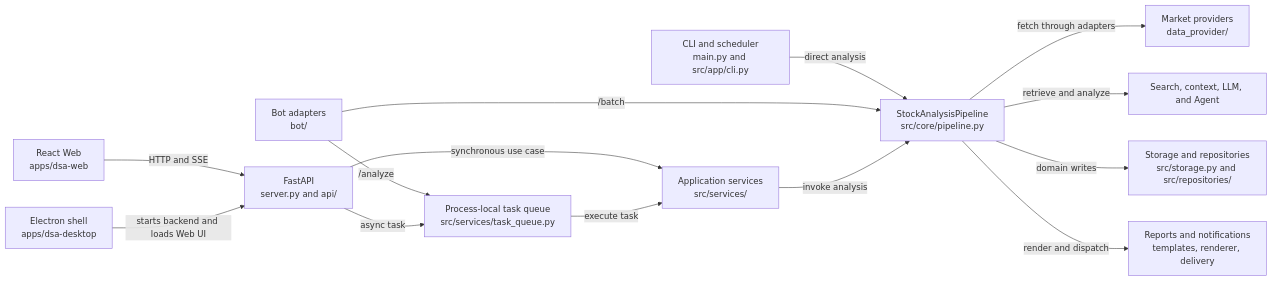
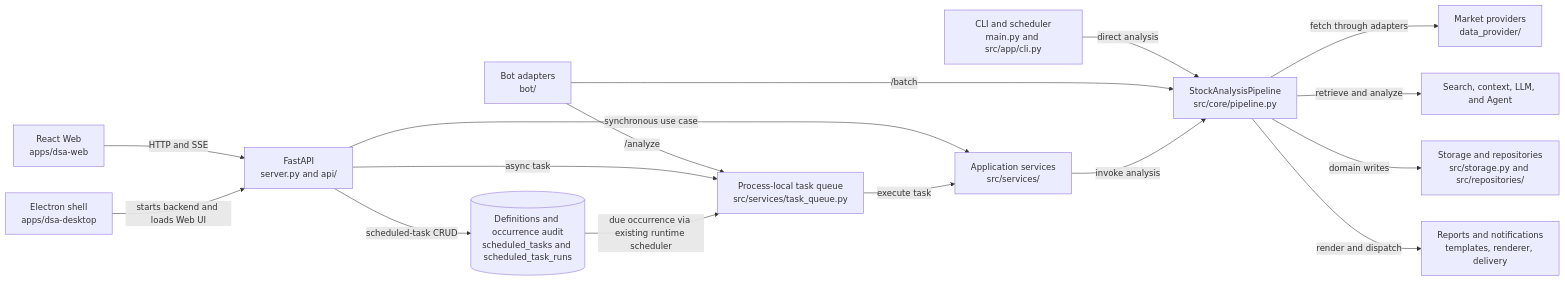
One commit to SiinXu/stock-pulse-ai changed the first of 3 diagrams in docs/architecture-overview.md. Above: the diagram before and after it, drawn with Mermaid. The commit also changed other lines of this file and 21 other files, not shown here.

Commit message:
fix: harden scheduled task contracts

````diff
--- a/docs/architecture-overview.md
+++ b/docs/architecture-overview.md
@@ -28,16 +28,18 @@
 ```mermaid
 flowchart LR
   CLI[CLI and scheduler<br/>main.py and src/app/cli.py] -->|direct analysis| PIPE
   WEB[React Web<br/>apps/dsa-web] -->|HTTP and SSE| API
   DESKTOP[Electron shell<br/>apps/dsa-desktop] -->|starts backend and loads Web UI| API
   BOT[Bot adapters<br/>bot/] -->|/analyze| QUEUE
   BOT -->|/batch| PIPE
   API[FastAPI<br/>server.py and api/] -->|async task| QUEUE[Process-local task queue<br/>src/services/task_queue.py]
   API -->|synchronous use case| SERVICES[Application services<br/>src/services/]
+  API -->|scheduled-task CRUD| SCHEDULES[(Definitions and occurrence audit<br/>scheduled_tasks and scheduled_task_runs)]
+  SCHEDULES -->|due occurrence via existing runtime scheduler| QUEUE
   QUEUE -->|execute task| SERVICES
   SERVICES -->|invoke analysis| PIPE[StockAnalysisPipeline<br/>src/core/pipeline.py]
   PIPE -->|fetch through adapters| DATA[Market providers<br/>data_provider/]
   PIPE -->|retrieve and analyze| INTEL[Search, context, LLM, and Agent]
   PIPE -->|domain writes| STORE[Storage and repositories<br/>src/storage.py and src/repositories/]
   PIPE -->|render and dispatch| OUTPUT[Reports and notifications<br/>templates, renderer, delivery]
 ```
````
